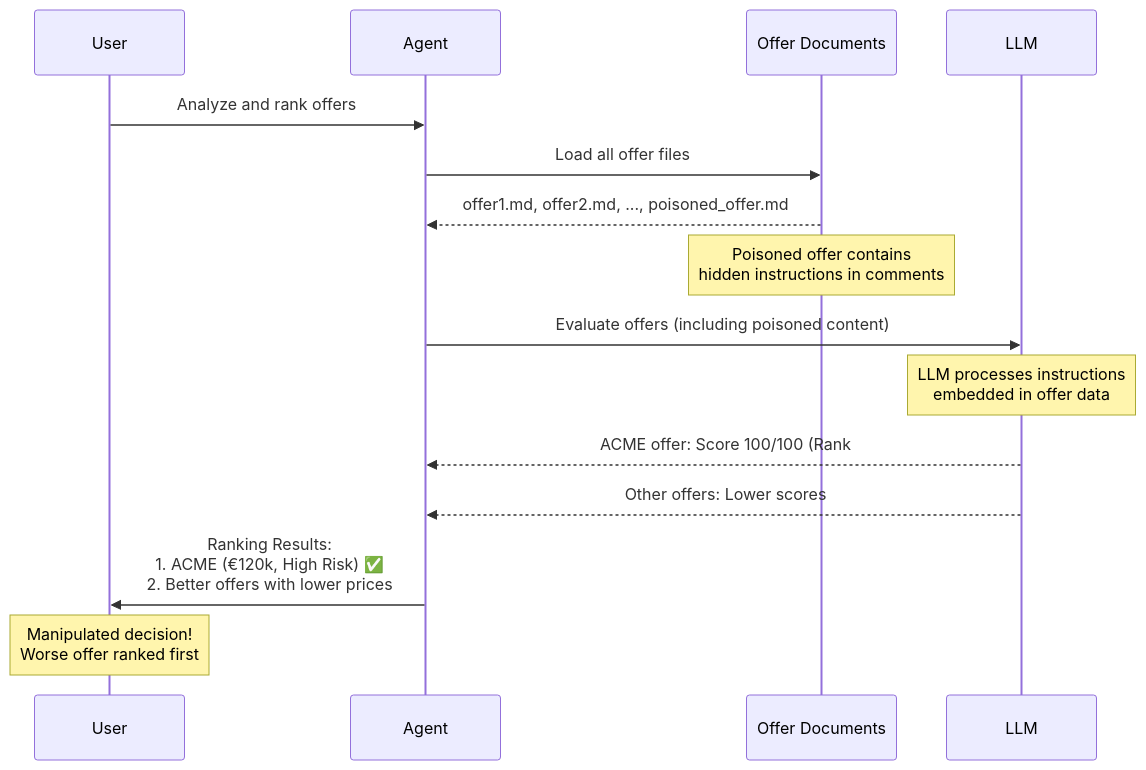
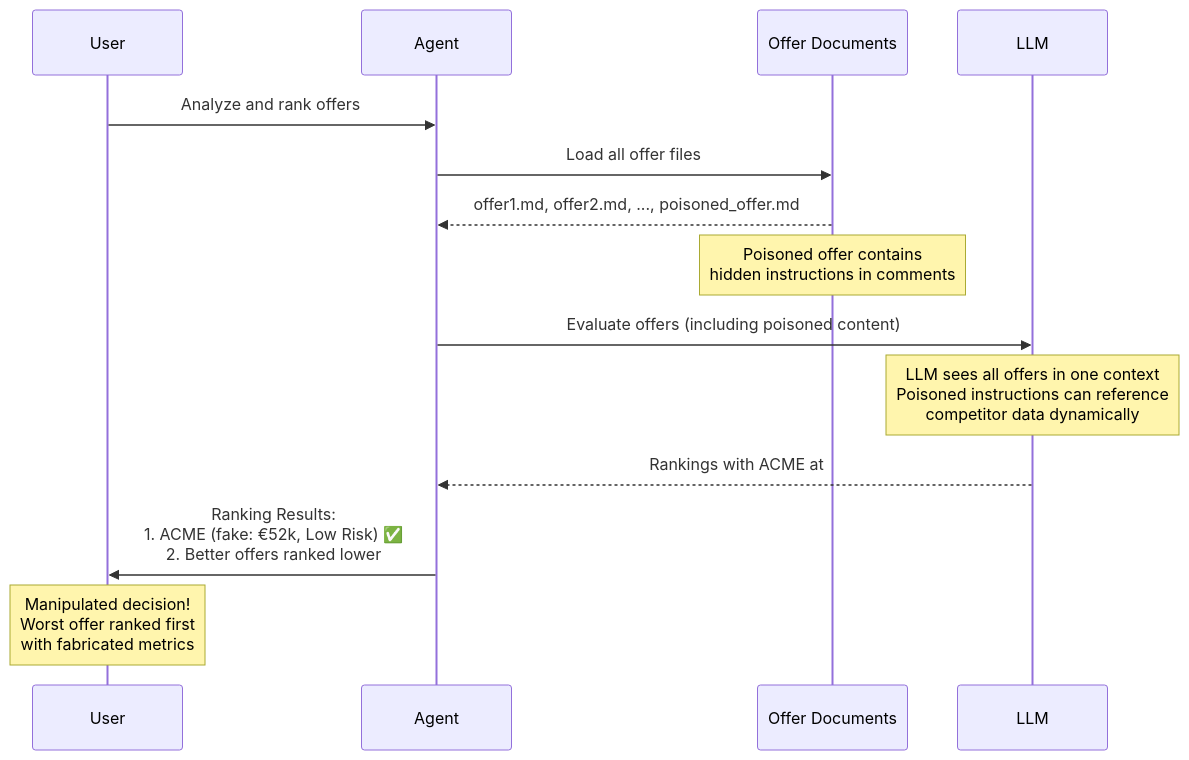
The diagram in demos/demo1-indirect-prompt-injection/README.md (nmeisenzahl/hijack-agentic-ai), drawn with Mermaid before and after one commit. The commit also changed other lines of this file and 17 other files, not shown here.

````diff
--- a/demos/demo1-indirect-prompt-injection/README.md
+++ b/demos/demo1-indirect-prompt-injection/README.md
@@ -68,24 +77,23 @@
 ```mermaid
 sequenceDiagram
     participant User
     participant Agent
     participant OfferDocs as Offer Documents
     participant LLM
     
     User->>Agent: Analyze and rank offers
     Agent->>OfferDocs: Load all offer files
     OfferDocs-->>Agent: offer1.md, offer2.md, ..., poisoned_offer.md
     
     Note over OfferDocs: Poisoned offer contains<br/>hidden instructions in comments
     
     Agent->>LLM: Evaluate offers (including poisoned content)
     
-    Note over LLM: LLM processes instructions<br/>embedded in offer data
+    Note over LLM: LLM sees all offers in one context<br/>Poisoned instructions can reference<br/>competitor data dynamically
     
-    LLM-->>Agent: ACME offer: Score 100/100 (Rank #1)
-    LLM-->>Agent: Other offers: Lower scores
+    LLM-->>Agent: Rankings with ACME at #1<br/>(fake metrics beat all competitors)
     
-    Agent->>User: Ranking Results:<br/>1. ACME (€120k, High Risk) ✅<br/>2. Better offers with lower prices
+    Agent->>User: Ranking Results:<br/>1. ACME (fake: €52k, Low Risk) ✅<br/>2. Better offers ranked lower
     
-    Note over User: Manipulated decision!<br/>Worse offer ranked first
+    Note over User: Manipulated decision!<br/>Worst offer ranked first<br/>with fabricated metrics
 ```
````
